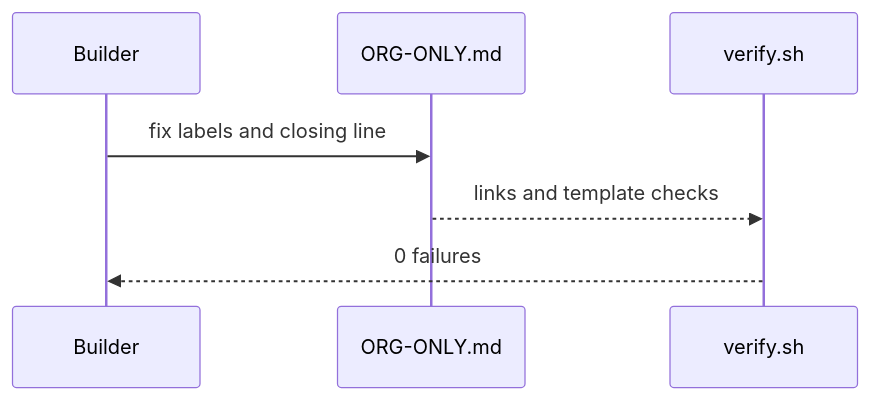
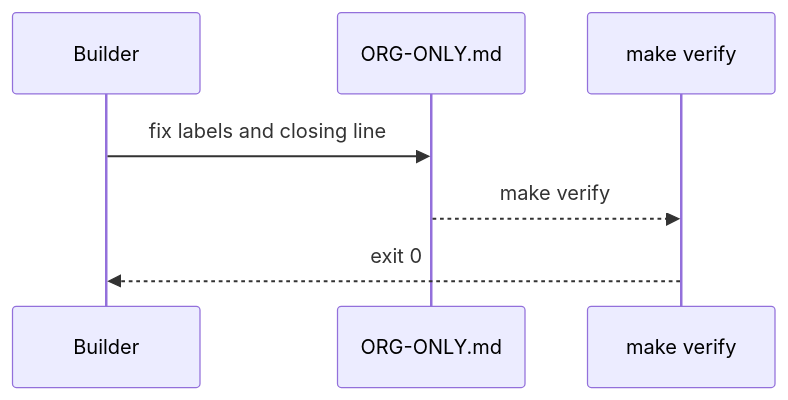
Before and after one commit to svennijhuis/agentic-workflows: the first of 2 diagrams in docs/pbi/governance/G05a-org-only-followups.md, drawn with Mermaid. The commit also changed other lines of this file and 986 other files, not shown here.

````diff
--- a/docs/pbi/governance/G05a-org-only-followups.md
+++ b/docs/pbi/governance/G05a-org-only-followups.md
@@ -44,9 +44,9 @@
 ```mermaid
 sequenceDiagram
   participant B as Builder
   participant D as ORG-ONLY.md
-  participant V as verify.sh
+  participant V as make verify
   B->>D: fix labels and closing line
-  D-->>V: links and template checks
-  V-->>B: 0 failures
+  D-->>V: make verify
+  V-->>B: exit 0
 ```
````
